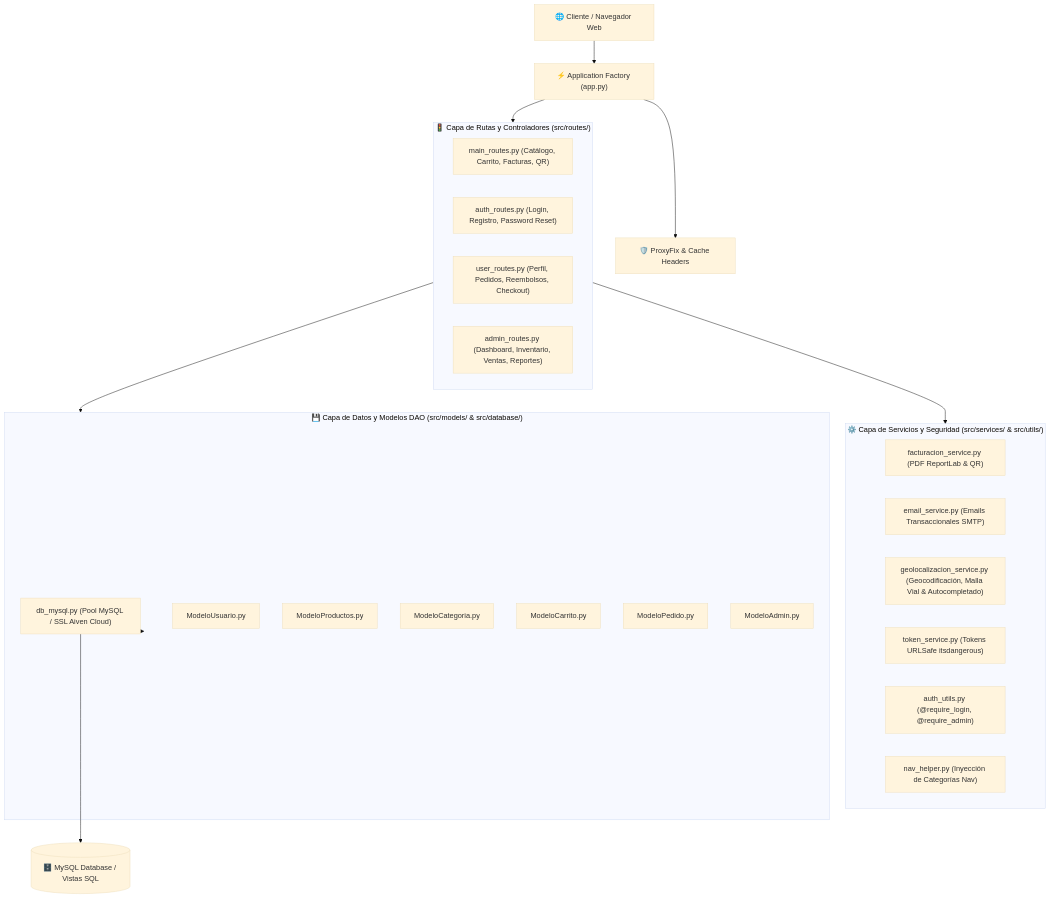
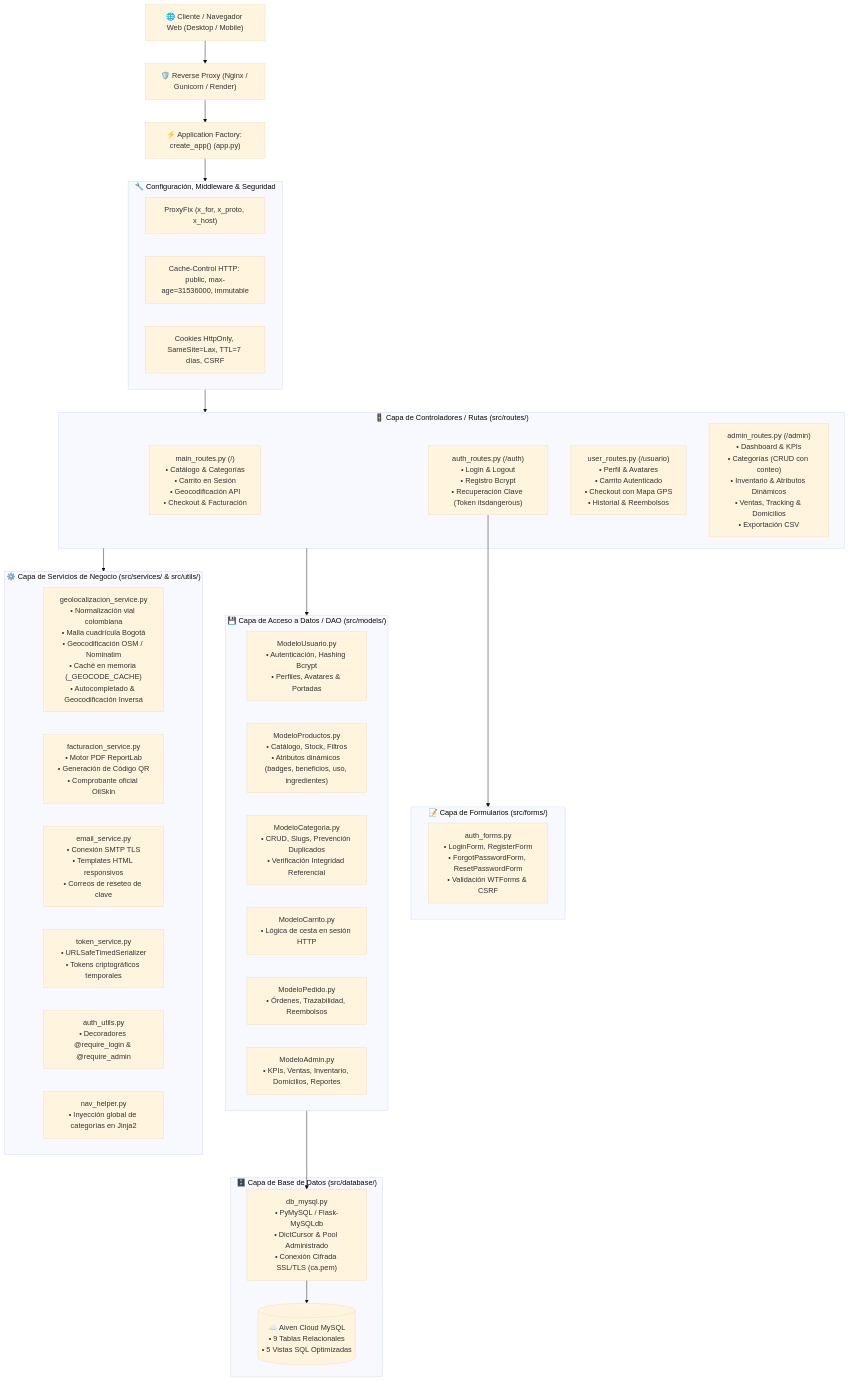
One commit to therealstone-dev/OilSkinOfficialRepo changed the first of 4 diagrams in ESTRUCTURA_CODIGO.md. Above: the diagram before and after it, drawn with Mermaid (base theme). The commit also changed other lines of this file and 1 other file, not shown here.

Commit message:
docs: update project structure documentation with architecture diagrams and add prompt files and SSL certificate to gitignore

````diff
--- a/ESTRUCTURA_CODIGO.md
+++ b/ESTRUCTURA_CODIGO.md
@@ -11,38 +13,52 @@
 ```mermaid
 graph TD
-    Client["🌐 Cliente / Navegador Web"] --> App["⚡ Application Factory (app.py)"]
-    App --> Proxy["🛡️ ProxyFix & Cache Headers"]
+    Client["🌐 Cliente / Navegador Web (Desktop / Mobile)"] --> Proxy["🛡️ Reverse Proxy (Nginx / Gunicorn / Render)"]
+    Proxy --> App["⚡ Application Factory: create_app() (app.py)"]
     
-    subgraph Blueprints ["🚦 Capa de Rutas y Controladores (src/routes/)"]
-        MainBP["main_routes.py (Catálogo, Carrito, Facturas, QR)"]
-        AuthBP["auth_routes.py (Login, Registro, Password Reset)"]
-        UserBP["user_routes.py (Perfil, Pedidos, Reembolsos, Checkout)"]
-        AdminBP["admin_routes.py (Dashboard, Inventario, Ventas, Reportes)"]
+    subgraph ConfigMiddleware ["🔧 Configuración, Middleware & Seguridad"]
+        ProxyFix["ProxyFix (x_for, x_proto, x_host)"]
+        CacheHeaders["Cache-Control HTTP: public, max-age=31536000, immutable"]
+        SessionSecurity["Cookies HttpOnly, SameSite=Lax, TTL=7 días, CSRF"]
     end
+    App --> ConfigMiddleware
     
-    App --> Blueprints
+    subgraph Blueprints ["🚦 Capa de Controladores / Rutas (src/routes/)"]
+        MainBP["main_routes.py (/)\n• Catálogo & Categorías\n• Carrito en Sesión\n• Geocodificación API\n• Checkout & Facturación"]
+        AuthBP["auth_routes.py (/auth)\n• Login & Logout\n• Registro Bcrypt\n• Recuperación Clave (Token itsdangerous)"]
+        UserBP["user_routes.py (/usuario)\n• Perfil & Avatares\n• Carrito Autenticado\n• Checkout con Mapa GPS\n• Historial & Reembolsos"]
+        AdminBP["admin_routes.py (/admin)\n• Dashboard & KPIs\n• Categorías (CRUD con conteo)\n• Inventario & Atributos Dinámicos\n• Ventas, Tracking & Domicilios\n• Exportación CSV"]
+    end
+    ConfigMiddleware --> Blueprints
     
-    subgraph Services ["⚙️ Capa de Servicios y Seguridad (src/services/ & src/utils/)"]
-        FacturaSvc["facturacion_service.py (PDF ReportLab & QR)"]
-        EmailSvc["email_service.py (Emails Transaccionales SMTP)"]
-        GeoSvc["geolocalizacion_service.py (Geocodificación, Malla Vial & Autocompletado)"]
-        TokenSvc["token_service.py (Tokens URLSafe itsdangerous)"]
-        AuthUtils["auth_utils.py (@require_login, @require_admin)"]
-        NavHelper["nav_helper.py (Inyección de Categorías Nav)"]
+    subgraph Services ["⚙️ Capa de Servicios de Negocio (src/services/ & src/utils/)"]
+        GeoSvc["geolocalizacion_service.py\n• Normalización vial colombiana\n• Malla cuadrícula Bogotá\n• Geocodificación OSM / Nominatim\n• Caché en memoria (_GEOCODE_CACHE)\n• Autocompletado & Geocodificación Inversa"]
+        FacturaSvc["facturacion_service.py\n• Motor PDF ReportLab\n• Generación de Código QR\n• Comprobante oficial OilSkin"]
+        EmailSvc["email_service.py\n• Conexión SMTP TLS\n• Templates HTML responsivos\n• Correos de reseteo de clave"]
+        TokenSvc["token_service.py\n• URLSafeTimedSerializer\n• Tokens criptográficos temporales"]
+        AuthUtils["auth_utils.py\n• Decoradores @require_login & @require_admin"]
+        NavHelper["nav_helper.py\n• Inyección global de categorías en Jinja2"]
     end
+    Blueprints --> Services
     
-    subgraph Models ["💾 Capa de Datos y Modelos DAO (src/models/ & src/database/)"]
-        DBPool["db_mysql.py (Pool MySQL / SSL Aiven Cloud)"]
-        MUser["ModeloUsuario.py"]
-        MProd["ModeloProductos.py"]
-        MCat["ModeloCategoria.py"]
-        MCart["ModeloCarrito.py"]
-        MPed["ModeloPedido.py"]
-        MAdmin["ModeloAdmin.py"]
+    subgraph Forms ["📝 Capa de Formularios (src/forms/)"]
+        AuthForms["auth_forms.py\n• LoginForm, RegisterForm\n• ForgotPasswordForm, ResetPasswordForm\n• Validación WTForms & CSRF"]
     end
+    AuthBP --> Forms
     
-    Blueprints --> Services
+    subgraph Models ["💾 Capa de Acceso a Datos / DAO (src/models/)"]
+        MUser["ModeloUsuario.py\n• Autenticación, Hashing Bcrypt\n• Perfiles, Avatares & Portadas"]
+        MProd["ModeloProductos.py\n• Catálogo, Stock, Filtros\n• Atributos dinámicos (badges, beneficios, uso, ingredientes)"]
+        MCat["ModeloCategoria.py\n• CRUD, Slugs, Prevención Duplicados\n• Verificación Integridad Referencial"]
+        MCart["ModeloCarrito.py\n• Lógica de cesta en sesión HTTP"]
+        MPed["ModeloPedido.py\n• Órdenes, Trazabilidad, Reembolsos"]
+        MAdmin["ModeloAdmin.py\n• KPIs, Ventas, Inventario, Domicilios, Reportes"]
+    end
     Blueprints --> Models
+    
+    subgraph DatabaseLayer ["🗄️ Capa de Base de Datos (src/database/)"]
+        DBPool["db_mysql.py\n• PyMySQL / Flask-MySQLdb\n• DictCursor & Pool Administrado\n• Conexión Cifrada SSL/TLS (ca.pem)"]
+        AivenDB[(☁️ Aiven Cloud MySQL\n• 9 Tablas Relacionales\n• 5 Vistas SQL Optimizadas)]
+    end
     Models --> DBPool
-    DBPool --> DB[(🗄️ MySQL Database / Vistas SQL)]
+    DBPool --> AivenDB
 ```
````
